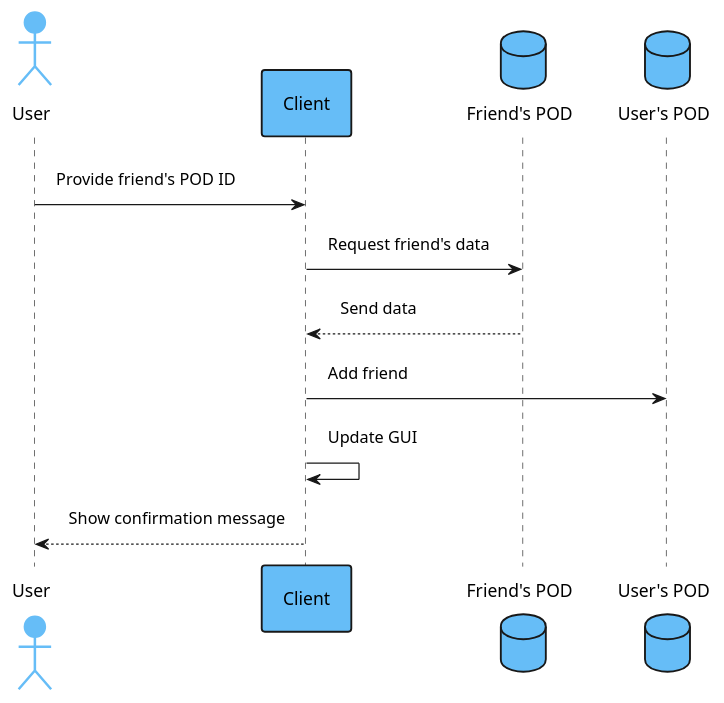
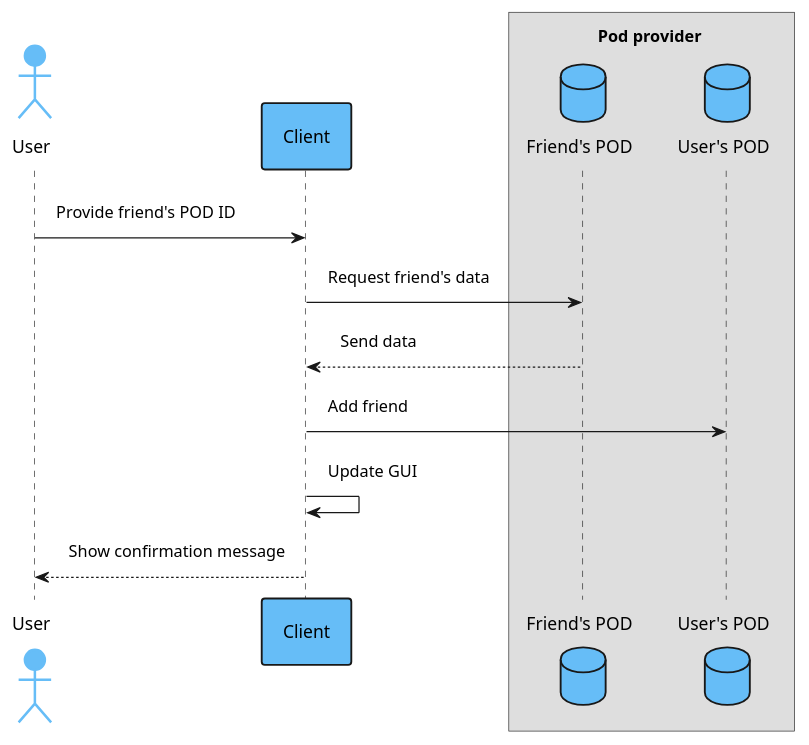
One commit to Arquisoft/lomap_en3a changed the second of 4 diagrams in docs/06_runtime_view.adoc. Above: the diagram before and after it, drawn with PlantUML.

Commit message:
docs(runtime view): update add friend diagram's box

```diff
--- a/docs/06_runtime_view.adoc
+++ b/docs/06_runtime_view.adoc
@@ -83,34 +83,37 @@
 [plantuml,"add_friend_success",png]
 ----
 @startuml
 <style>
 root {
   Margin 40 5
 }
 </style>
 skinparam Padding 10
 skinparam ParticipantPadding 20
+skinparam BoxPadding 100
 
 skinparam ActorBackgroundColor #66bdf7
 skinparam ActorBorderColor #66bdf7
 skinparam ActorBorderThickness 2
 
 skinparam ParticipantBackgroundColor #66bdf7
 skinparam ParticipantBorderThickness 1.5
 
 skinparam DatabaseBackgroundColor #66bdf7
 
 Actor User as u
 Participant Client as c
-Database "Friend's POD" as fp
-Database "User's POD" as up
+box Pod provider #dedede
+  Database "Friend's POD" as fp
+  Database "User's POD" as up
+endbox
 
 u->c: Provide friend's POD ID
 c->fp: Request friend's data
 c<--fp: Send data
 c->up: Add friend
 c->c: Update GUI
 u<--c: Show confirmation message
 
 @enduml
 ----
```
